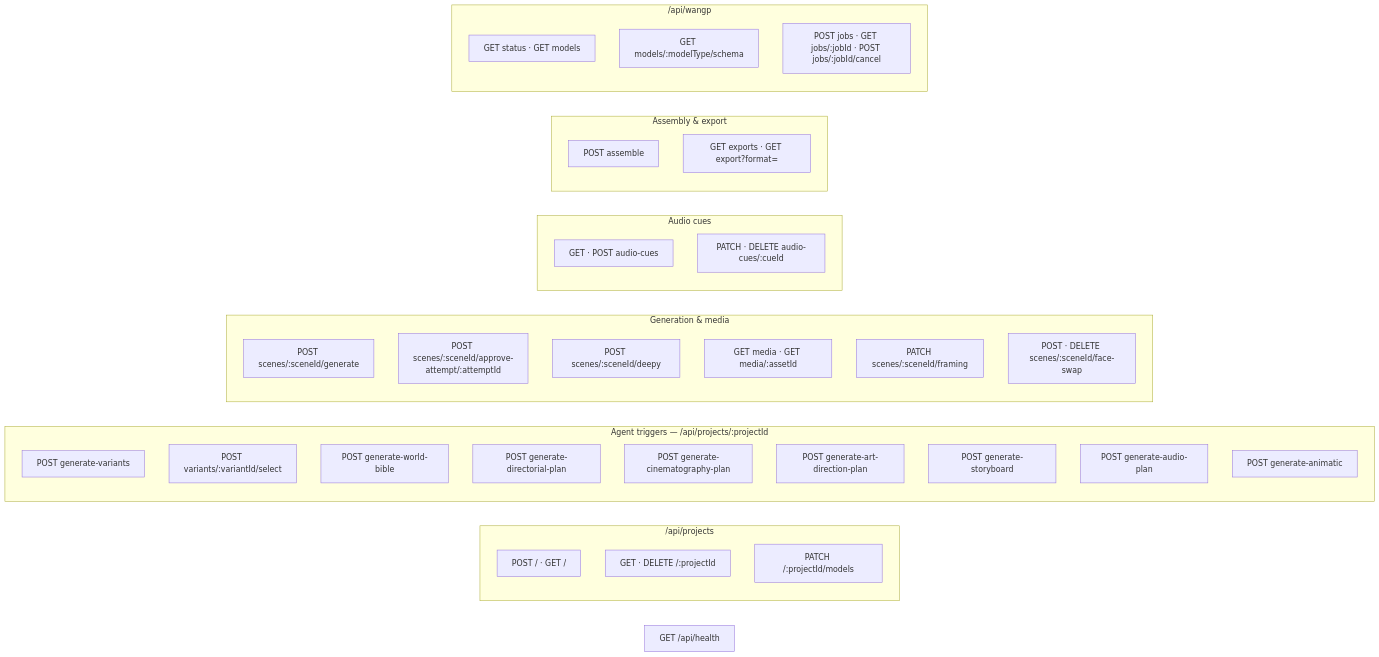
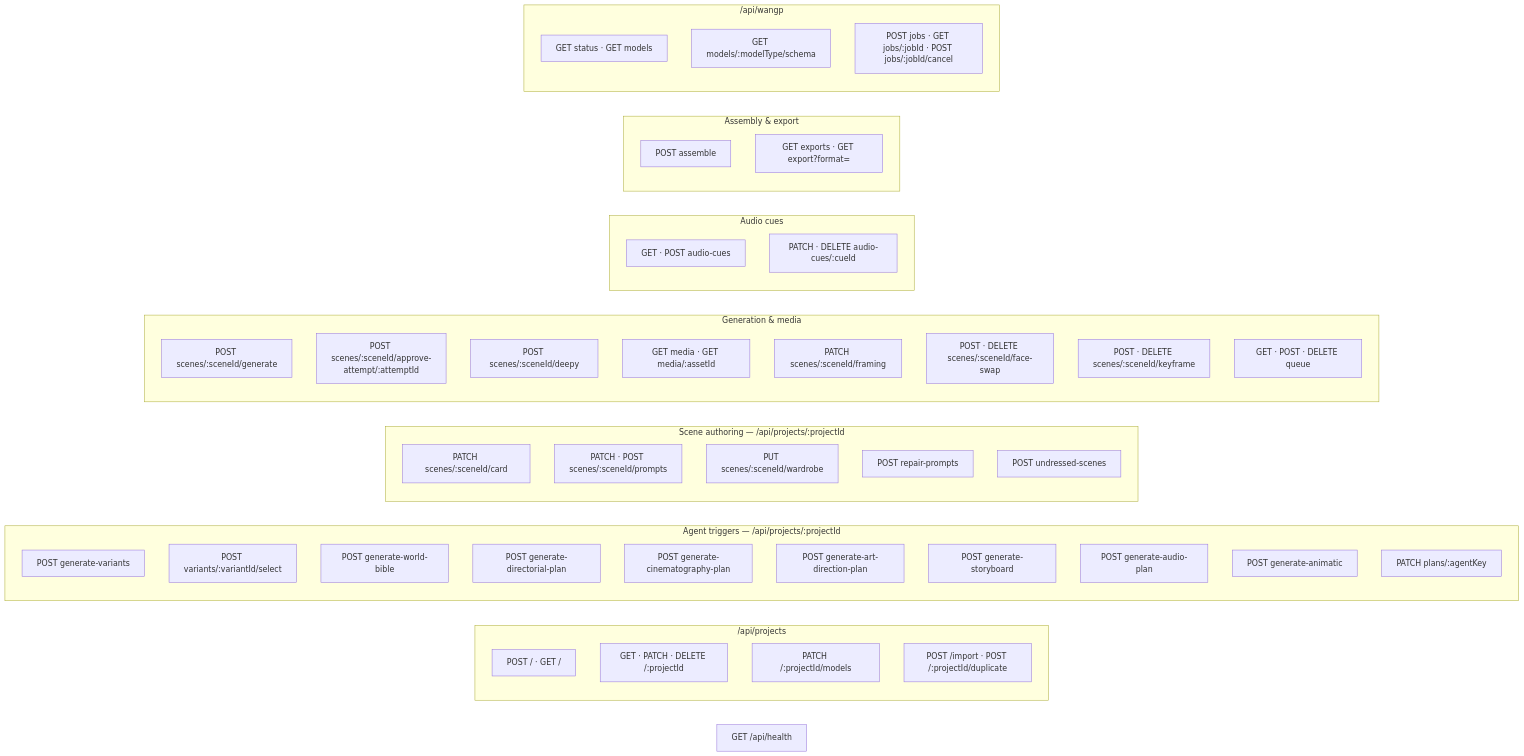
Diagram 15 of 18 in architecture.md (jamesbas/storyforgeai), drawn with Mermaid before and after one commit. The commit also changed other lines of this file and 1 other file, not shown here.

````diff
--- a/architecture.md
+++ b/architecture.md
@@ -967,41 +1020,52 @@
 ```mermaid
 flowchart LR
     subgraph proj["/api/projects"]
         p1["POST / · GET /"]
-        p2["GET · DELETE /:projectId"]
+        p2["GET · PATCH · DELETE /:projectId"]
         p3["PATCH /:projectId/models"]
+        p4["POST /import · POST /:projectId/duplicate"]
     end
     subgraph agentsapi["Agent triggers — /api/projects/:projectId"]
         a1["POST generate-variants"]
         a2["POST variants/:variantId/select"]
         a3["POST generate-world-bible"]
         a4["POST generate-directorial-plan"]
         a5["POST generate-cinematography-plan"]
         a6["POST generate-art-direction-plan"]
         a7["POST generate-storyboard"]
         a8["POST generate-audio-plan"]
         a9["POST generate-animatic"]
+        a10["PATCH plans/:agentKey"]
+    end
+    subgraph scene["Scene authoring — /api/projects/:projectId"]
+        s1["PATCH scenes/:sceneId/card"]
+        s2["PATCH · POST scenes/:sceneId/prompts"]
+        s3["PUT scenes/:sceneId/wardrobe"]
+        s4["POST repair-prompts"]
+        s5["POST undressed-scenes"]
     end
     subgraph gen["Generation & media"]
         g1["POST scenes/:sceneId/generate"]
         g2["POST scenes/:sceneId/approve-attempt/:attemptId"]
         g3["POST scenes/:sceneId/deepy"]
         g4["GET media · GET media/:assetId"]
         g5["PATCH scenes/:sceneId/framing"]
         g6["POST · DELETE scenes/:sceneId/face-swap"]
+        g7["POST · DELETE scenes/:sceneId/keyframe"]
+        g8["GET · POST · DELETE queue"]
     end
     subgraph audio["Audio cues"]
         c1["GET · POST audio-cues"]
         c2["PATCH · DELETE audio-cues/:cueId"]
     end
     subgraph out["Assembly & export"]
         o1["POST assemble"]
         o2["GET exports · GET export?format="]
     end
     subgraph wg["/api/wangp"]
         w1["GET status · GET models"]
         w2["GET models/:modelType/schema"]
         w3["POST jobs · GET jobs/:jobId · POST jobs/:jobId/cancel"]
     end
     h["GET /api/health"]
 ```
````
